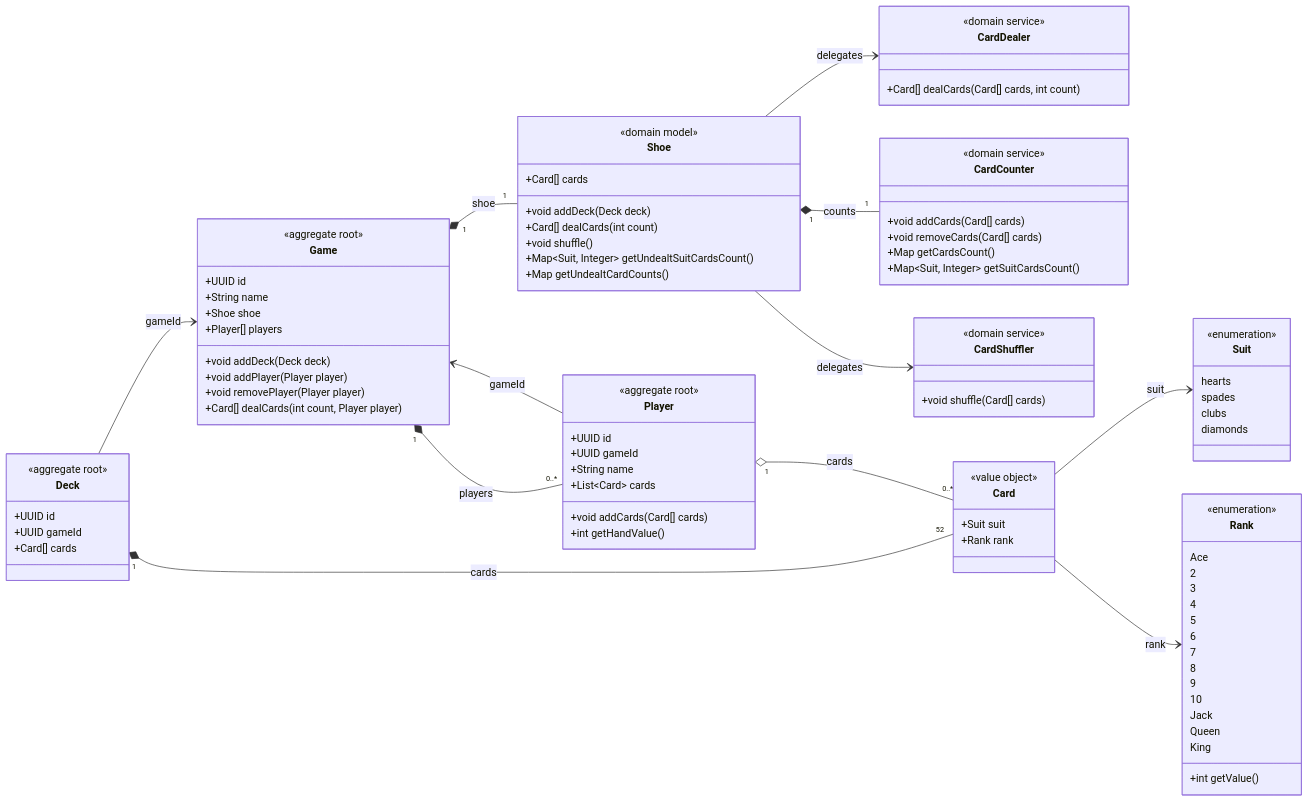
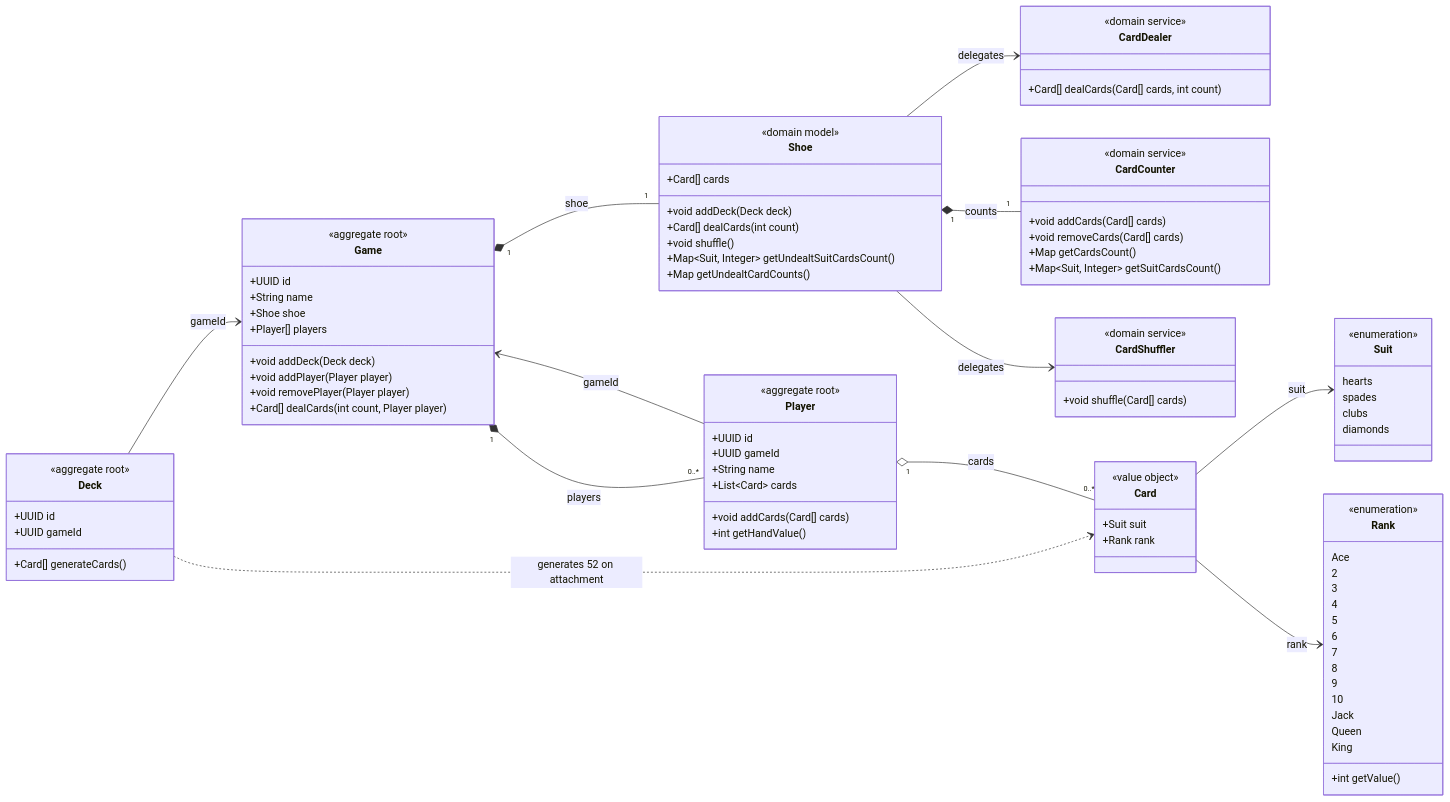
One commit to JulieTetrault/poker changed the diagram in docs/domain.md. Above: the diagram before and after it, drawn with Mermaid. The commit also changed other lines of this file and 15 other files, not shown here.

Commit message:
refactor: generate deck cards when adding to a game

```diff
--- a/docs/domain.md
+++ b/docs/domain.md
@@ -75,7 +75,7 @@
         <<aggregate root>>
         +UUID id
         +UUID gameId
-        +Card[] cards
+        +Card[] generateCards()
     }
 
     class Card {
@@ -101,7 +101,7 @@
     Shoe --> CardShuffler : delegates
     Game "1" *-- "0..*" Player : players
 
-    Deck "1" *-- "52" Card : cards
+    Deck ..> Card : generates 52 on attachment
 
     Player "1" o-- "0..*" Card : cards
 
```
